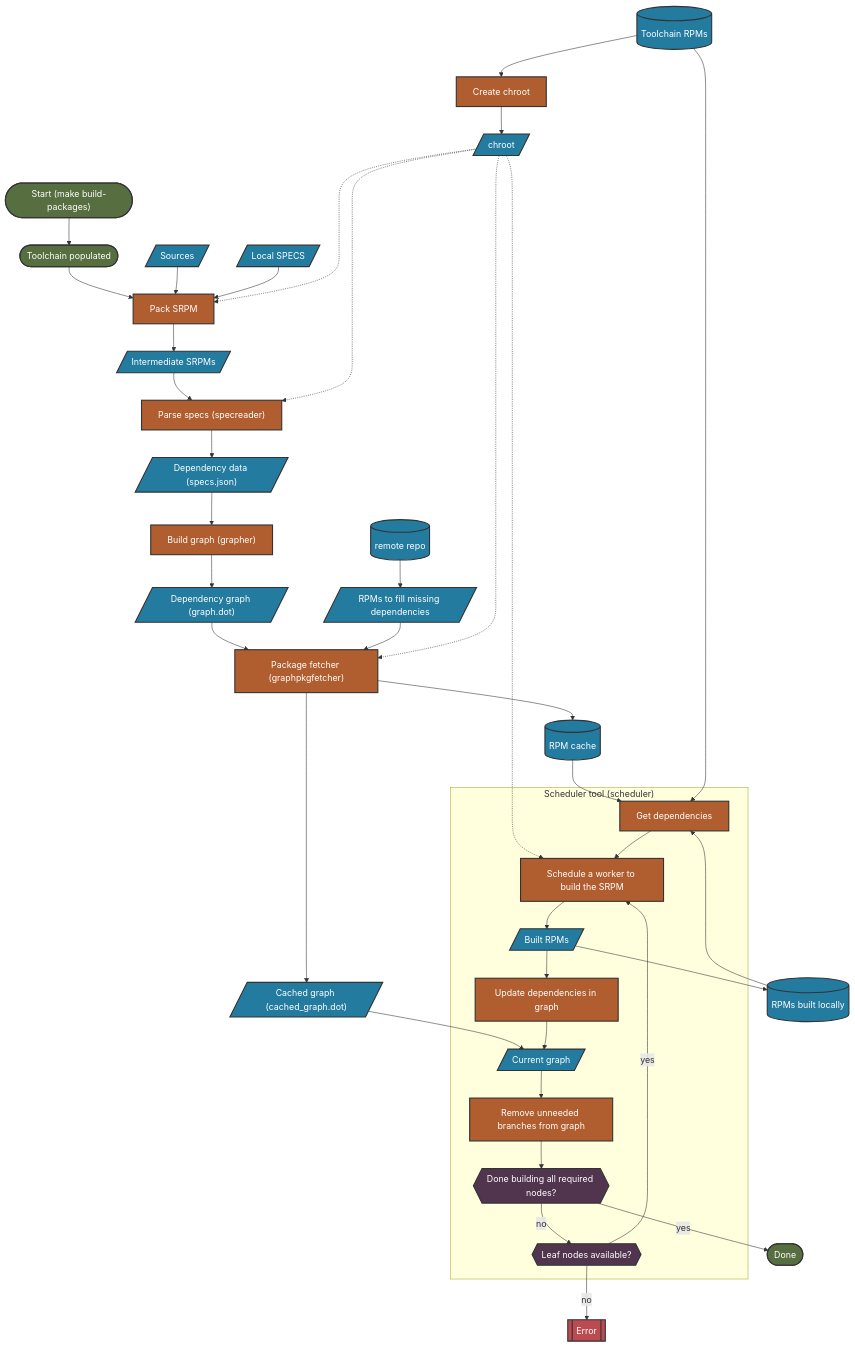
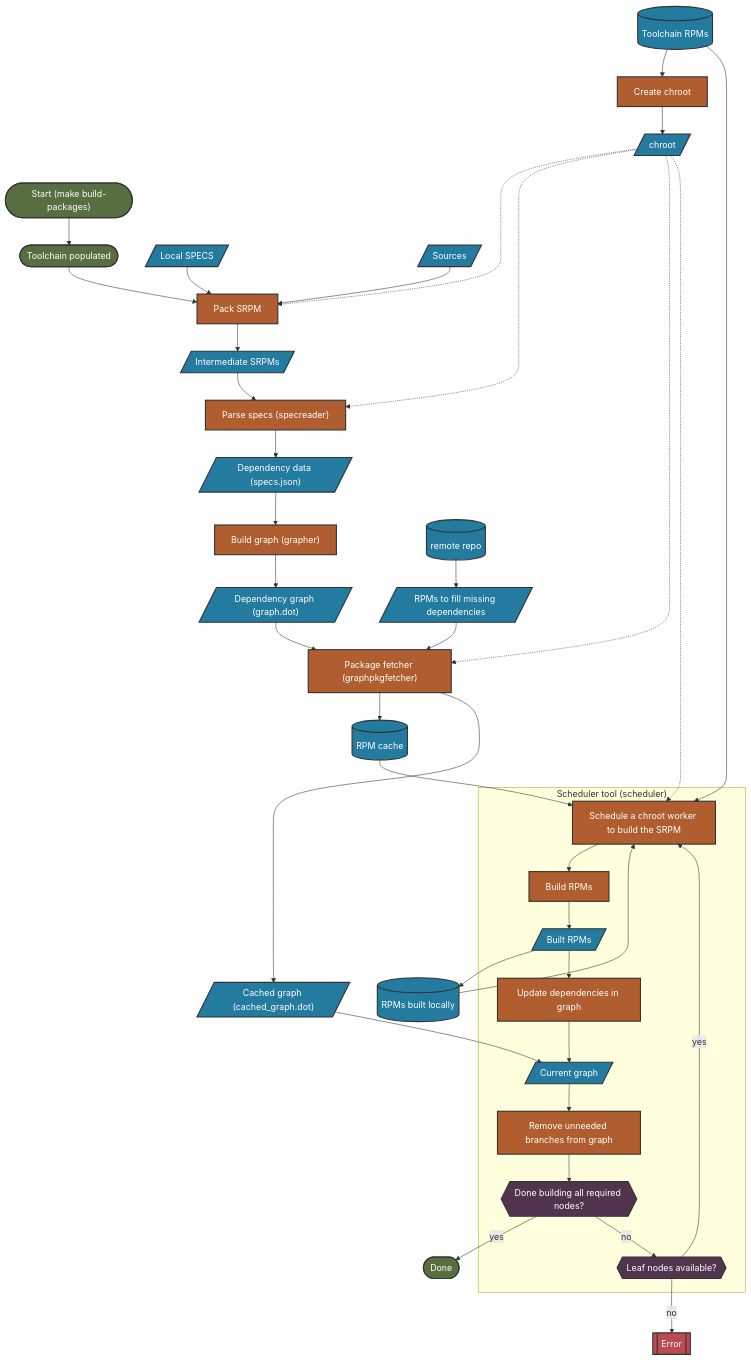
The fifth of 6 diagrams in toolkit/docs/how_it_works/0_intro.md (microsoft/azurelinux), drawn with Mermaid before and after one commit.

Commit message:
Add build step and more rpm sources to worker

```diff
--- a/toolkit/docs/how_it_works/0_intro.md
+++ b/toolkit/docs/how_it_works/0_intro.md
@@ -196,6 +196,7 @@
     remoteRepo[(remote repo)]:::io
     missingDep[/RPMs to fill missing dependencies/]:::io
     outRPMS[(RPMs built locally)]:::io
+    buildRPMs[Build RPMs]:::process
 
     %% Rpms flow
     start --> tcPopulated
@@ -217,11 +218,11 @@
     chroot -...->packSRPM
     chroot -...->parse
     chroot -...->pkgFetcher
-    rpmCache --> getDeps
-    tcRPMs --> getDeps
+    rpmCache --> worker
+    tcRPMs --> worker
     chroot -...-> worker
+    outRPMS --> worker
     builtRPMs --> outRPMS
-    outRPMS --> getDeps
     doneBuild -->|yes| done
     leafNodesAvail -->|no| error
     cacheGraph --> currentGraph
@@ -233,10 +234,9 @@
         trim[Remove unneeded branches from graph]:::process
         doneBuild{{Done building all required nodes?}}:::decision 
         leafNodesAvail{{Leaf nodes available?}}:::decision
-        worker[Schedule a worker to build the SRPM]:::process
+        worker[Schedule a chroot worker to build the SRPM]:::process
         builtRPMs[/Built RPMs/]:::io
         updateDeps[Update dependencies in graph]:::process
-        getDeps[Get dependencies]:::process
 
         %% scheduler flow
         currentGraph --> trim
@@ -245,8 +245,8 @@
         leafNodesAvail -->|yes| worker
         builtRPMs --> updateDeps
         updateDeps --> currentGraph
-        getDeps --> worker
-        worker --> builtRPMs
+        worker --> buildRPMs
+        buildRPMs --> builtRPMs
 
         end
     %% end of scheduler
```
